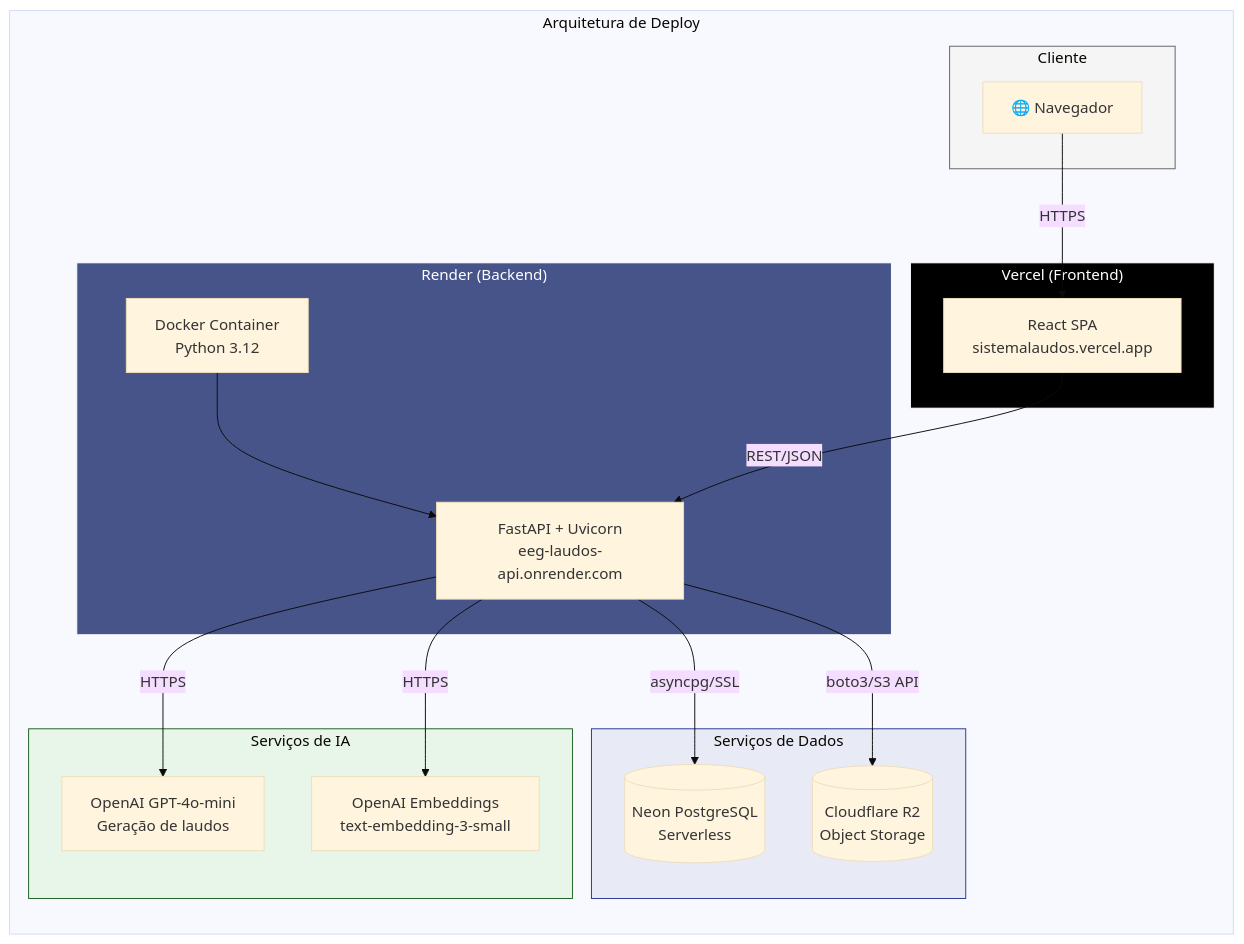
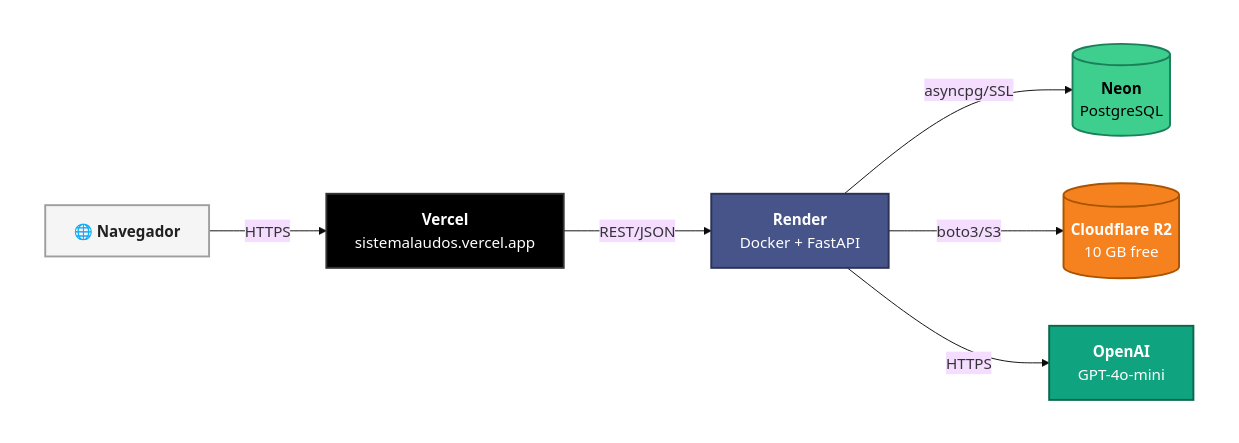
The sixth of 8 diagrams in README_C4.md (bife29/sistema_laudos), drawn with Mermaid (base theme) before and after one commit. The commit also changed other lines of this file, not shown here.

Commit message:
docs: redesign README_C4 com diagramas modernos e visão para não-técnicos

````diff
--- a/README_C4.md
+++ b/README_C4.md
@@ -263,43 +333,29 @@
 ```mermaid
 flowchart LR
-    subgraph DEPLOY ["Arquitetura de Deploy"]
-        direction TB
+    subgraph DEPLOY [" "]
+        direction LR
 
-        subgraph CLIENTE ["Cliente"]
-            Browser[🌐 Navegador]
-        end
+        Browser["🌐 <b>Navegador</b>"]
+        
+        VERCEL["<b>Vercel</b><br/>sistemalaudos.vercel.app"]
+        RENDER["<b>Render</b><br/>Docker + FastAPI"]
+        
+        NEON[("<b>Neon</b><br/>PostgreSQL")]
+        R2[("<b>Cloudflare R2</b><br/>10 GB free")]
+        OPENAI["<b>OpenAI</b><br/>GPT-4o-mini"]
 
-        subgraph VERCEL ["Vercel (Frontend)"]
-            SPA[React SPA<br/>sistemalaudos.vercel.app]
-        end
-
-        subgraph RENDER ["Render (Backend)"]
-            Docker[Docker Container<br/>Python 3.12]
-            FastAPI[FastAPI + Uvicorn<br/>eeg-laudos-api.onrender.com]
-            Docker --> FastAPI
-        end
-
-        subgraph DADOS ["Serviços de Dados"]
-            Neon[(Neon PostgreSQL<br/>Serverless)]
-            R2[(Cloudflare R2<br/>Object Storage)]
-        end
-
-        subgraph IA ["Serviços de IA"]
-            OpenAI_LLM[OpenAI GPT-4o-mini<br/>Geração de laudos]
-            OpenAI_EMB[OpenAI Embeddings<br/>text-embedding-3-small]
-        end
-
-        Browser -->|HTTPS| SPA
-        SPA -->|REST/JSON| FastAPI
-        FastAPI -->|asyncpg/SSL| Neon
-        FastAPI -->|boto3/S3 API| R2
-        FastAPI -->|HTTPS| OpenAI_LLM
-        FastAPI -->|HTTPS| OpenAI_EMB
+        Browser -->|"HTTPS"| VERCEL
+        VERCEL -->|"REST/JSON"| RENDER
+        RENDER -->|"asyncpg/SSL"| NEON
+        RENDER -->|"boto3/S3"| R2
+        RENDER -->|"HTTPS"| OPENAI
     end
 
-    style CLIENTE fill:#f5f5f5,stroke:#616161
-    style VERCEL fill:#000000,stroke:#ffffff,color:#ffffff
-    style RENDER fill:#46548a,stroke:#ffffff,color:#ffffff
-    style DADOS fill:#e8eaf6,stroke:#283593
-    style IA fill:#e8f5e9,stroke:#1b5e20
+    style Browser fill:#f5f5f5,stroke:#9e9e9e,stroke-width:2px,color:#212121
+    style VERCEL fill:#000000,stroke:#333333,stroke-width:2px,color:#ffffff
+    style RENDER fill:#46548a,stroke:#2a3255,stroke-width:2px,color:#ffffff
+    style NEON fill:#3ecf8e,stroke:#1a7f5a,stroke-width:2px,color:#000000
+    style R2 fill:#f6821f,stroke:#a85400,stroke-width:2px,color:#ffffff
+    style OPENAI fill:#10a37f,stroke:#0a6847,stroke-width:2px,color:#ffffff
+    style DEPLOY fill:transparent,stroke:none
 ```
````
